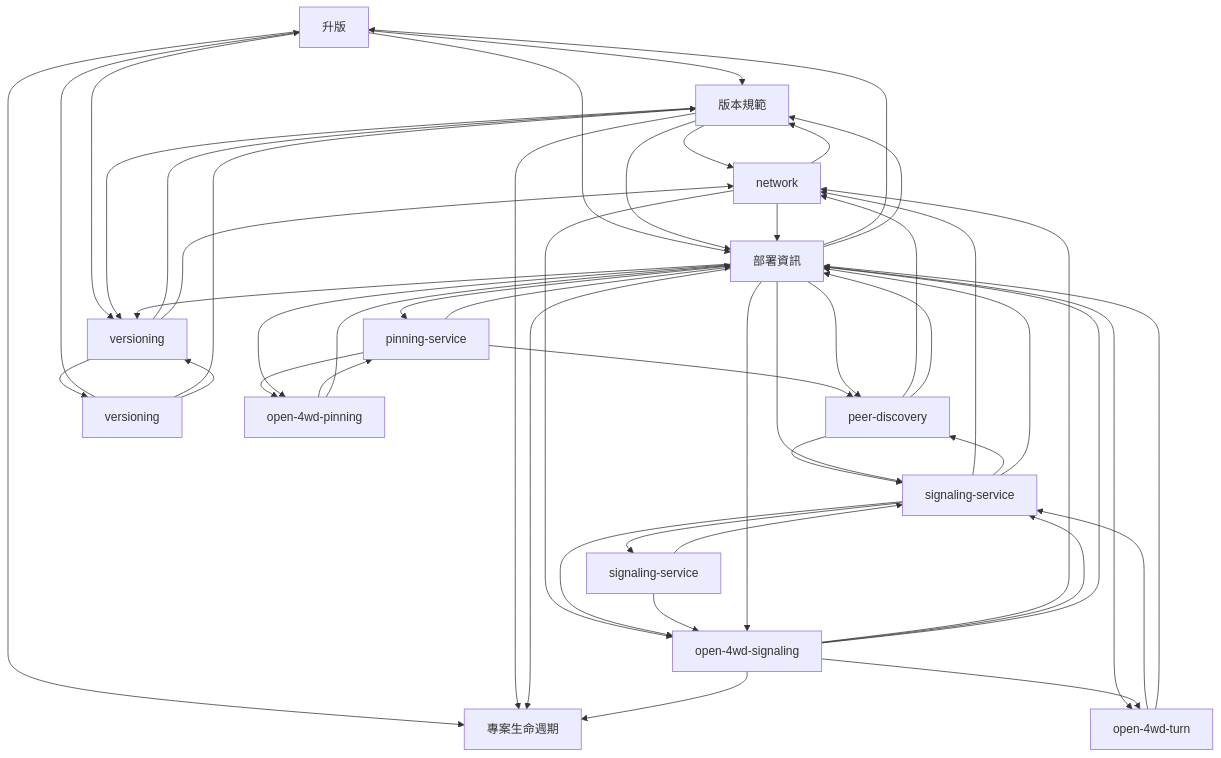
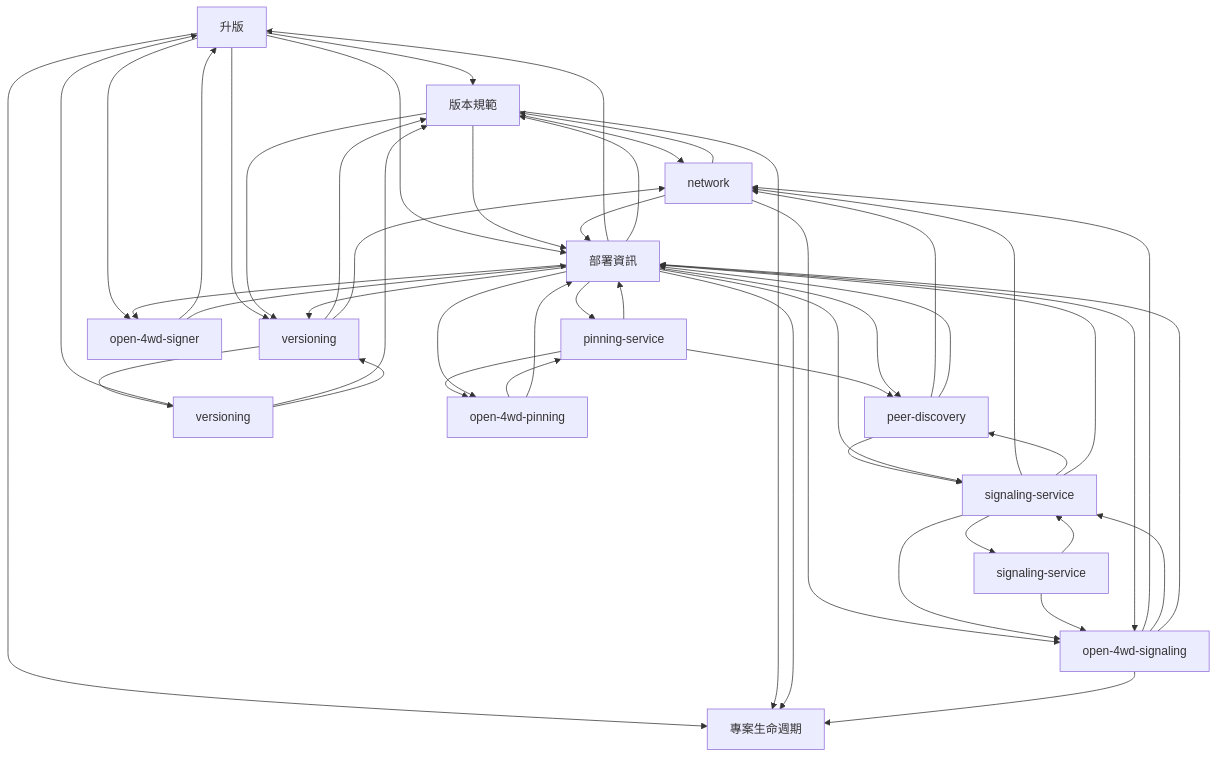
One commit to xjustloveux/open-4wd-specs changed diagram 11 of 17 in docs-map.md. Above: the diagram before and after it, drawn with Mermaid. The commit also changed other lines of this file and 29 other files, not shown here.

````diff
--- a/docs-map.md
+++ b/docs-map.md
@@ -631,66 +638,66 @@
 ```mermaid
 flowchart TB
   n0["專案生命週期"]
   n1["升版"]
   n2["版本規範"]
   n3["network"]
   n4["peer-discovery"]
   n5["pinning-service"]
   n6["signaling-service"]
   n7["versioning"]
   n8["signaling-service"]
   n9["versioning"]
   n10["部署資訊"]
   n11["open-4wd-pinning"]
   n12["open-4wd-signaling"]
-  n13["open-4wd-turn"]
+  n13["open-4wd-signer"]
   n1 --> n0
   n1 --> n2
   n1 --> n7
   n1 --> n10
+  n1 --> n13
   n2 --> n0
   n2 --> n3
   n2 --> n7
   n2 --> n10
   n3 --> n2
   n3 --> n10
   n3 --> n12
   n4 --> n3
   n4 --> n6
   n4 --> n10
   n5 --> n4
   n5 --> n10
   n5 --> n11
   n6 --> n3
   n6 --> n4
   n6 --> n8
   n6 --> n10
   n6 --> n12
   n7 --> n2
   n7 --> n3
   n7 --> n9
   n8 --> n6
   n8 --> n12
   n9 --> n1
   n9 --> n2
   n9 --> n7
   n10 --> n0
   n10 --> n1
   n10 --> n2
   n10 --> n4
   n10 --> n5
   n10 --> n6
   n10 --> n7
   n10 --> n11
   n10 --> n12
   n10 --> n13
   n11 --> n5
   n11 --> n10
   n12 --> n0
   n12 --> n3
   n12 --> n6
   n12 --> n10
-  n12 --> n13
-  n13 --> n6
+  n13 --> n1
   n13 --> n10
 ```
````
